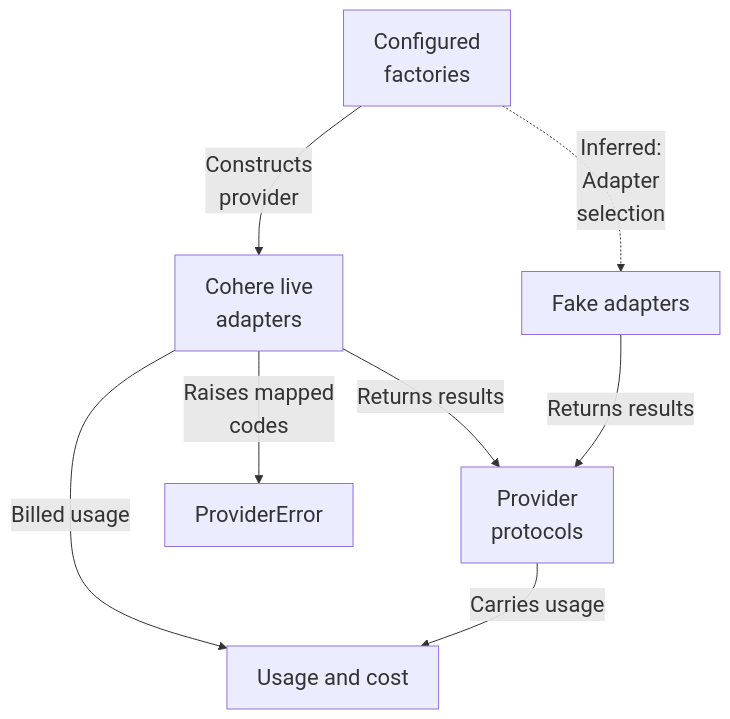
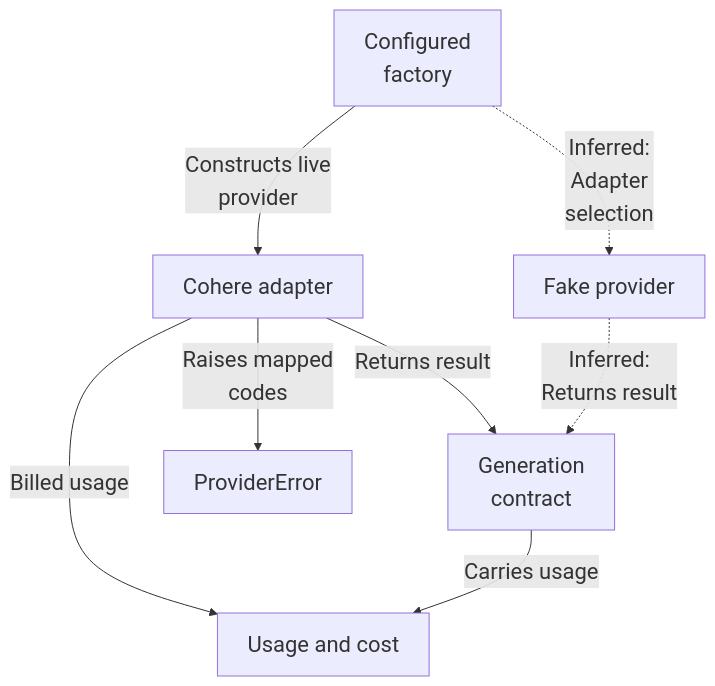
One commit to Justin-Mendoza/Afterclass changed the first of 2 diagrams in maps/answers/README.md. Above: the diagram before and after it, drawn with Mermaid. The commit also changed other lines of this file and 88 other files, not shown here.

````diff
--- a/maps/answers/README.md
+++ b/maps/answers/README.md
@@ -23,17 +23,17 @@
 ```mermaid
 %%{init: {"themeVariables": {"fontSize": "22px"}}}%%
 flowchart TD
-  n0["Configured<br/>factories"]
-  n1["Cohere live<br/>adapters"]
-  n2["Fake adapters"]
-  n3["Provider<br/>protocols"]
+  n0["Configured<br/>factory"]
+  n1["Cohere adapter"]
+  n2["Fake provider"]
+  n3["Generation<br/>contract"]
   n4["ProviderError"]
   n5["Usage and cost"]
-  n0 -->|"Constructs<br/>provider"| n1
-  n1 -->|"Returns results"| n3
-  n2 -->|"Returns results"| n3
+  n0 -->|"Constructs live<br/>provider"| n1
+  n1 -->|"Returns result"| n3
+  n2 -.->|"Inferred:<br/>Returns result"| n3
   n1 -->|"Raises mapped<br/>codes"| n4
   n1 -->|"Billed usage"| n5
   n3 -->|"Carries usage"| n5
   n0 -.->|"Inferred:<br/>Adapter<br/>selection"| n2
 ```
````
